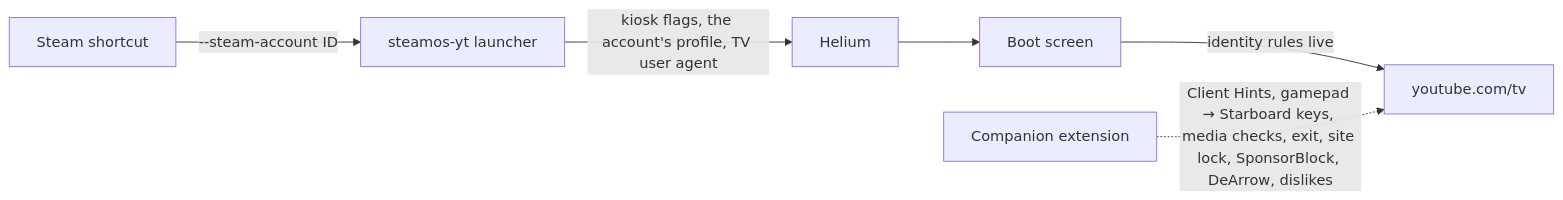
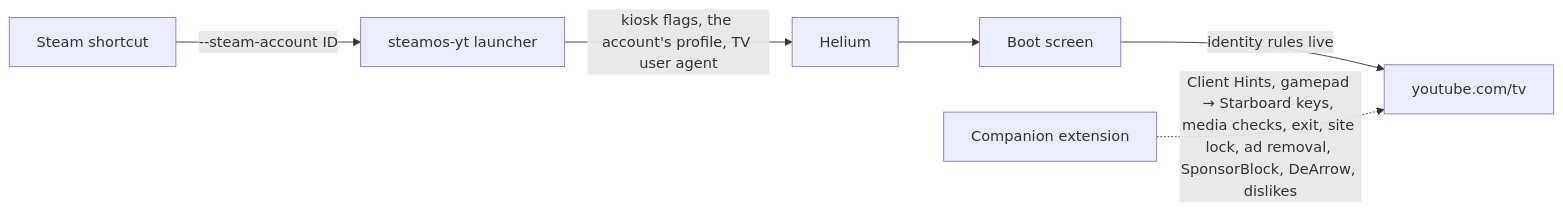
One commit to Jadocee/steamos-yt changed the diagram in README.md. Above: the diagram before and after it, drawn with Mermaid. The commit also changed other lines of this file and 12 other files, not shown here.

````diff
--- a/README.md
+++ b/README.md
@@ -174,8 +187,8 @@
 ```mermaid
 flowchart LR
   Steam["Steam shortcut"] -->|"--steam-account ID"| Launcher["steamos-yt launcher"]
   Launcher -->|"kiosk flags, the account's profile, TV user agent"| Helium["Helium"]
   Helium --> Splash["Boot screen"]
   Splash -->|"identity rules live"| TV["youtube.com/tv"]
-  Extension["Companion extension"] -.->|"Client Hints, gamepad → Starboard keys, media checks, exit, site lock, SponsorBlock, DeArrow, dislikes"| TV
+  Extension["Companion extension"] -.->|"Client Hints, gamepad → Starboard keys, media checks, exit, site lock, ad removal, SponsorBlock, DeArrow, dislikes"| TV
 ```
````
